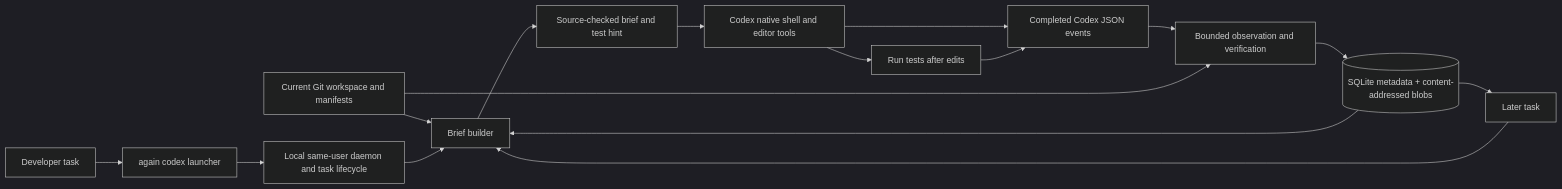
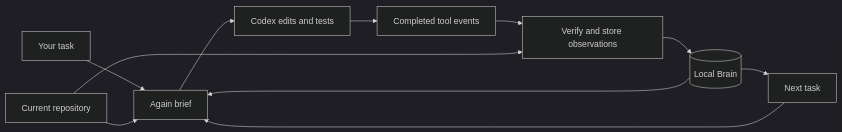
Before and after one commit to alakhanpal23/again: the diagram in README.md, drawn with Mermaid (dark theme). The commit also changed other lines of this file, not shown here.

Commit message:
Focus README on installing and using Again

````diff
--- a/README.md
+++ b/README.md
@@ -54,18 +49,13 @@
 ```mermaid
 flowchart LR
-  A[Developer task] --> L[again codex launcher]
-  L --> D[Local same-user daemon and task lifecycle]
-  W[Current Git workspace and manifests] --> B[Brief builder]
-  D --> B
-  M[(SQLite metadata + content-addressed blobs)] --> B
-  B --> P[Source-checked brief and test hint]
-  P --> C[Codex native shell and editor tools]
-  C --> J[Completed Codex JSON events]
-  J --> O[Bounded observation and verification]
-  W --> O
-  O --> M
-  M --> N[Later task]
+  A[Your task] --> B[Again brief]
+  R[Current repository] --> B
+  M[(Local Brain)] --> B
+  B --> C[Codex edits and tests]
+  C --> E[Completed tool events]
+  E --> V[Verify and store observations]
+  R --> V
+  V --> M
+  M --> N[Next task]
   N --> B
-  C --> T[Run tests after edits]
-  T --> J
 ```
````
